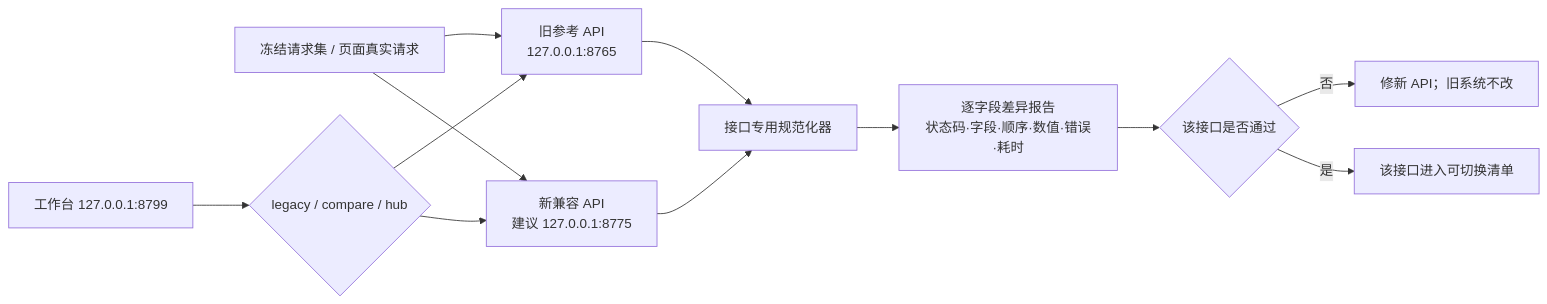
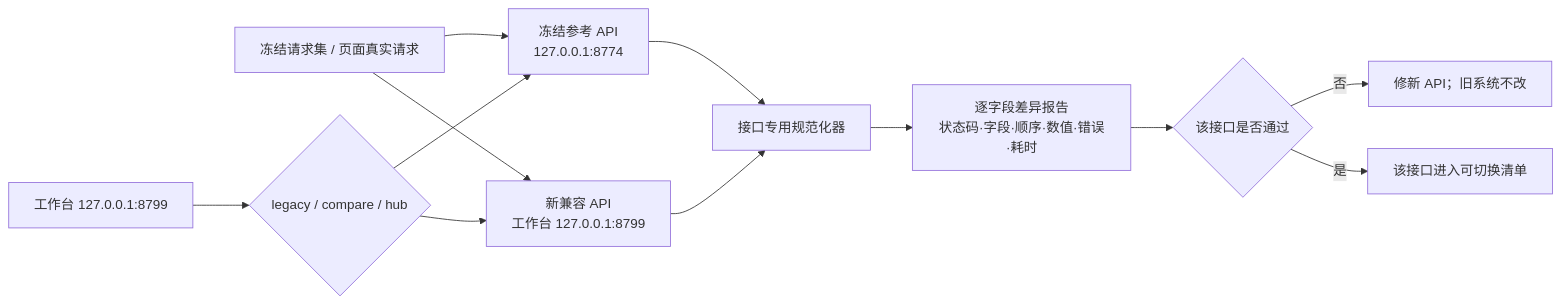
The diagram in docs/微信关键词迁移计划_v1.0.md (worksyang/SEOGEO-Workbench), drawn with Mermaid before and after one commit. The commit also changed other lines of this file, not shown here.

````diff
--- a/docs/微信关键词迁移计划_v1.0.md
+++ b/docs/微信关键词迁移计划_v1.0.md
@@ -357,14 +379,14 @@
 ```mermaid
 flowchart LR
-    Q["冻结请求集 / 页面真实请求"] --> O["旧参考 API<br/>127.0.0.1:8765"]
-    Q --> N["新兼容 API<br/>建议 127.0.0.1:8775"]
+    Q["冻结请求集 / 页面真实请求"] --> O["冻结参考 API<br/>127.0.0.1:8774"]
+    Q --> N["新兼容 API<br/>工作台 127.0.0.1:8799"]
     O --> C["接口专用规范化器"]
     N --> C
     C --> D["逐字段差异报告<br/>状态码·字段·顺序·数值·错误·耗时"]
     D --> G{"该接口是否通过"}
     G -->|否| F["修新 API；旧系统不改"]
     G -->|是| S["该接口进入可切换清单"]
     W["工作台 127.0.0.1:8799"] --> M{"legacy / compare / hub"}
     M --> O
     M --> N
 ```
````
